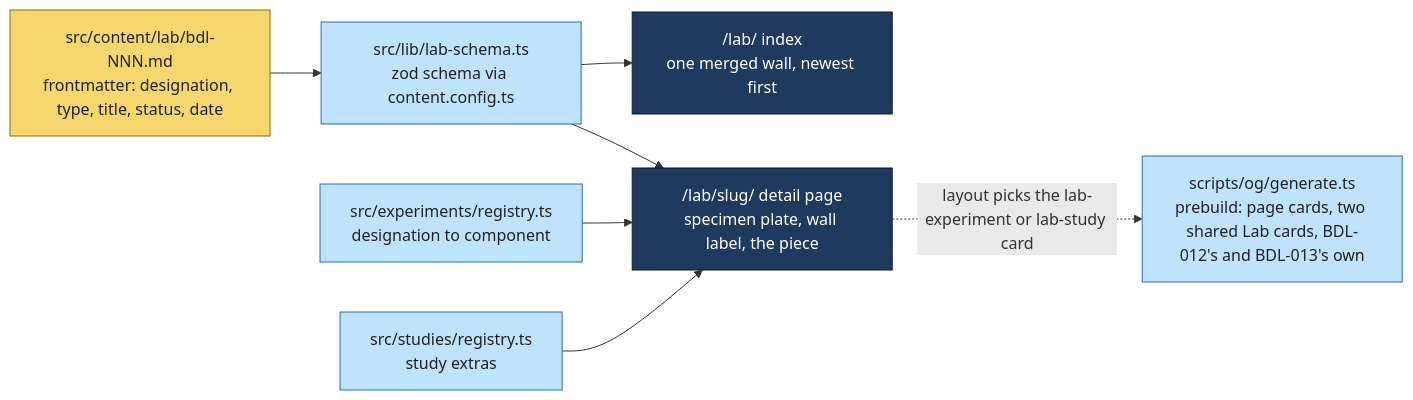
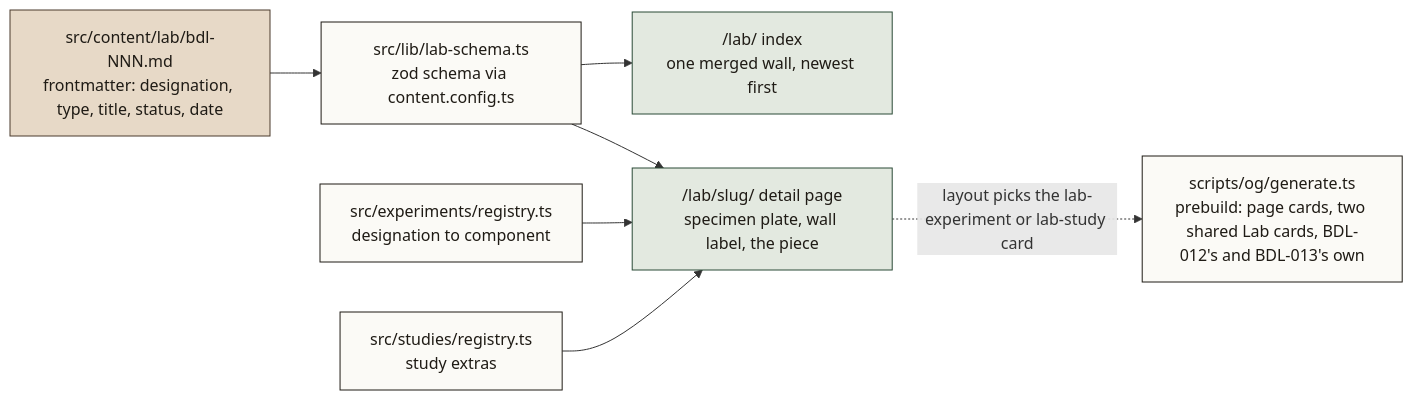
One commit to BirchDesignLab/birchdesignlab changed the third of 7 diagrams in README.md. Above: the diagram before and after it, drawn with Mermaid. The commit also changed other lines of this file and 24 other files, not shown here.

````diff
--- a/README.md
+++ b/README.md
@@ -235,20 +188,20 @@
 ```mermaid
 flowchart LR
-    classDef store fill:#f5d76e,stroke:#8a6d00,color:#222
-    classDef cloud fill:#1f3a5f,stroke:#0d1b2e,color:#fff
-    classDef you fill:#bfe3ff,stroke:#2b6cb0,color:#222
+    classDef store fill:#e7d9c7,stroke:#4a3a2c,color:#1f1b15
+    classDef cloud fill:#e3e9e0,stroke:#2b4a37,color:#1f1b15
+    classDef you fill:#fbfaf6,stroke:#1f1b15,color:#1f1b15
 
     MD["src/content/lab/bdl-NNN.md<br/>frontmatter: designation, type, title, status, date"]:::store
     SCHEMA["src/lib/lab-schema.ts<br/>zod schema via content.config.ts"]:::you
     REG["src/experiments/registry.ts<br/>designation to component"]:::you
     SREG["src/studies/registry.ts<br/>study extras"]:::you
     IDX["/lab/ index<br/>one merged wall, newest first"]:::cloud
     DET["/lab/slug/ detail page<br/>specimen plate, wall label, the piece"]:::cloud
     OG["scripts/og/generate.ts<br/>prebuild: page cards, two shared Lab cards, BDL-012's and BDL-013's own"]:::you
 
     MD --> SCHEMA --> IDX
     SCHEMA --> DET
     REG --> DET
     SREG --> DET
     DET -.->|"layout picks the lab-experiment or lab-study card"| OG
 ```
````
